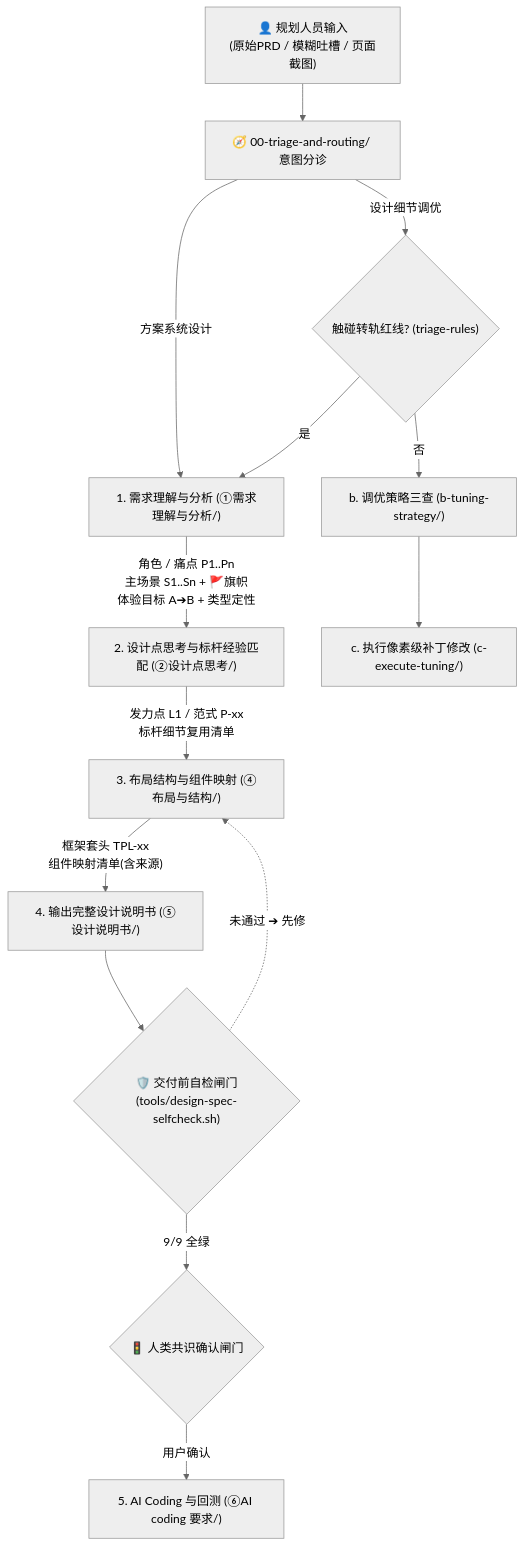
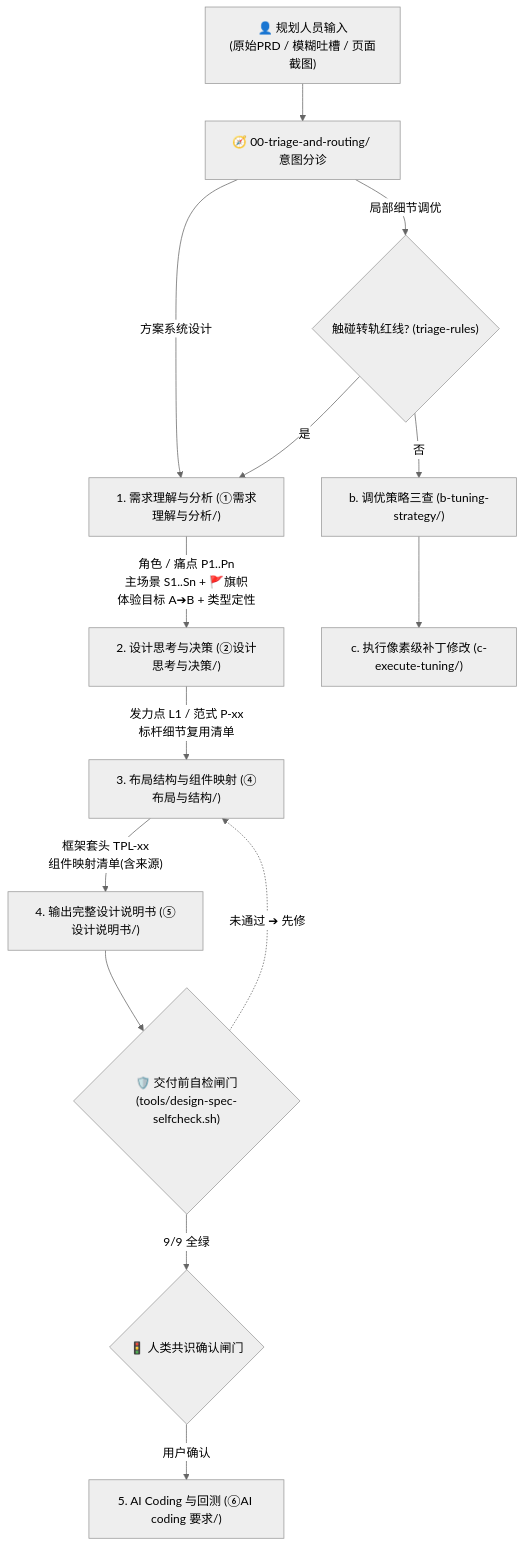
The first of 3 diagrams in 04-workflows-and-cases/execution-sop.md (wangjue2026/skill-designer-prism), drawn with Mermaid (neutral theme) before and after one commit. The commit also changed other lines of this file and 39 other files, not shown here.

````diff
--- a/04-workflows-and-cases/execution-sop.md
+++ b/04-workflows-and-cases/execution-sop.md
@@ -11,18 +11,18 @@
 ```mermaid
 graph TD
     Start["👤 规划人员输入<br>(原始PRD / 模糊吐槽 / 页面截图)"] --> Triage["🧭 00-triage-and-routing/ 意图分诊"]
 
     Triage -->|"方案系统设计"| S1["1. 需求理解与分析 (①需求理解与分析/)"]
-    S1 -->|"角色 / 痛点 P1..Pn<br>主场景 S1..Sn + 🚩旗帜<br>体验目标 A➔B + 类型定性"| S2["2. 设计点思考与标杆经验匹配 (②设计点思考/)"]
+    S1 -->|"角色 / 痛点 P1..Pn<br>主场景 S1..Sn + 🚩旗帜<br>体验目标 A➔B + 类型定性"| S2["2. 设计思考与决策 (②设计思考与决策/)"]
     S2 -->|"发力点 L1 / 范式 P-xx<br>标杆细节复用清单"| S3["3. 布局结构与组件映射 (④布局与结构/)"]
     S3 -->|"框架套头 TPL-xx<br>组件映射清单(含来源)"| S4["4. 输出完整设计说明书 (⑤设计说明书/)"]
     S4 --> Check{"🛡️ 交付前自检闸门<br>(tools/design-spec-selfcheck.sh)"}
     Check -->|"9/9 全绿"| Gate{"🚦 人类共识确认闸门"}
     Check -.->|"未通过 ➔ 先修"| S3
     Gate -->|"用户确认"| S5["5. AI Coding 与回测 (⑥AI coding 要求/)"]
 
-    Triage -->|"设计细节调优"| Redline{"触碰转轨红线? (triage-rules)"}
+    Triage -->|"局部细节调优"| Redline{"触碰转轨红线? (triage-rules)"}
     Redline -->|"是"| S1
     Redline -->|"否"| M2["b. 调优策略三查 (b-tuning-strategy/)"]
     M2 --> M3["c. 执行像素级补丁修改 (c-execute-tuning/)"]
 ```
````
